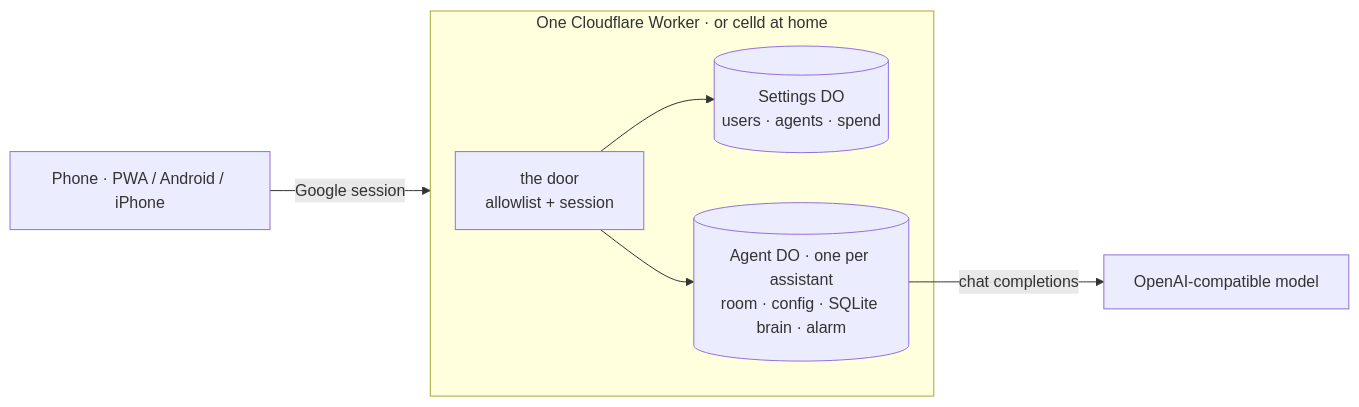
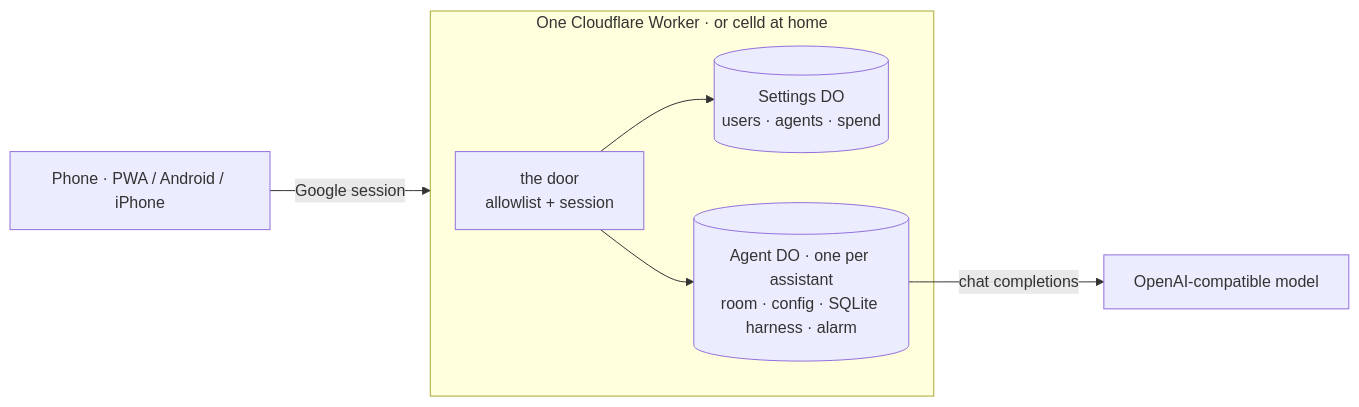
The diagram in README.md (shotah/gantree2), drawn with Mermaid before and after one commit. The commit also changed other lines of this file and 689 other files, not shown here.

Commit message:
rename brain to harness

````diff
--- a/README.md
+++ b/README.md
@@ -84,12 +84,12 @@
 ```mermaid
 flowchart LR
   phone[Phone · PWA / Android / iPhone] -- Google session --> worker
   subgraph worker[One Cloudflare Worker · or celld at home]
     door[the door<br/>allowlist + session]
     settings[(Settings DO<br/>users · agents · spend)]
-    room[(Agent DO · one per assistant<br/>room · config · SQLite brain · alarm)]
+    room[(Agent DO · one per assistant<br/>room · config · SQLite harness · alarm)]
     door --> settings
     door --> room
   end
   room -- chat completions --> llm[OpenAI-compatible model]
 ```
````
